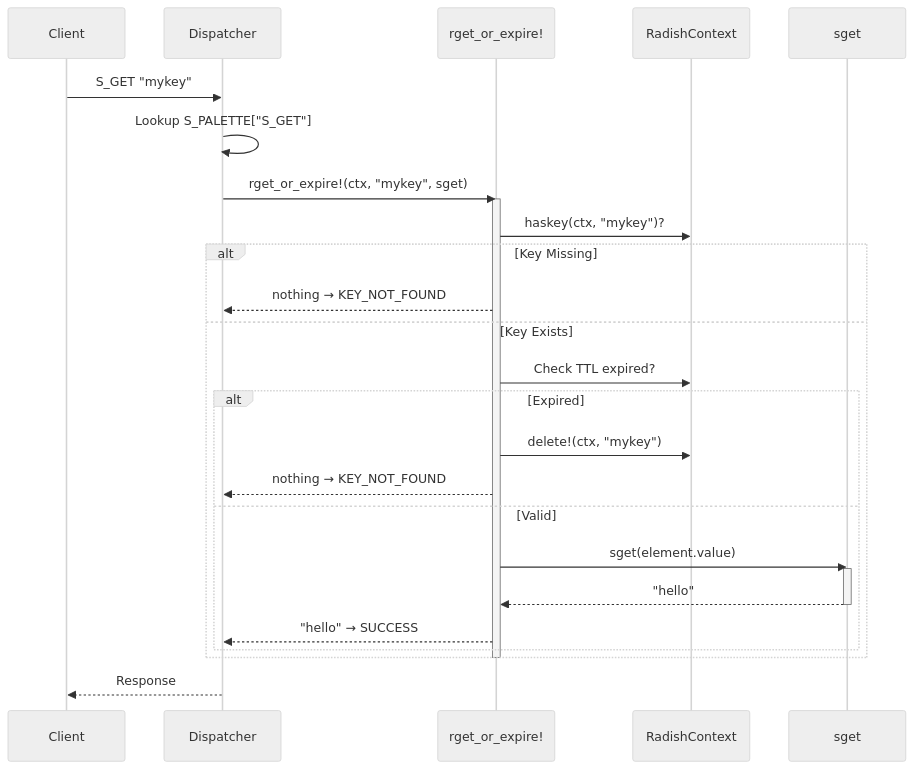
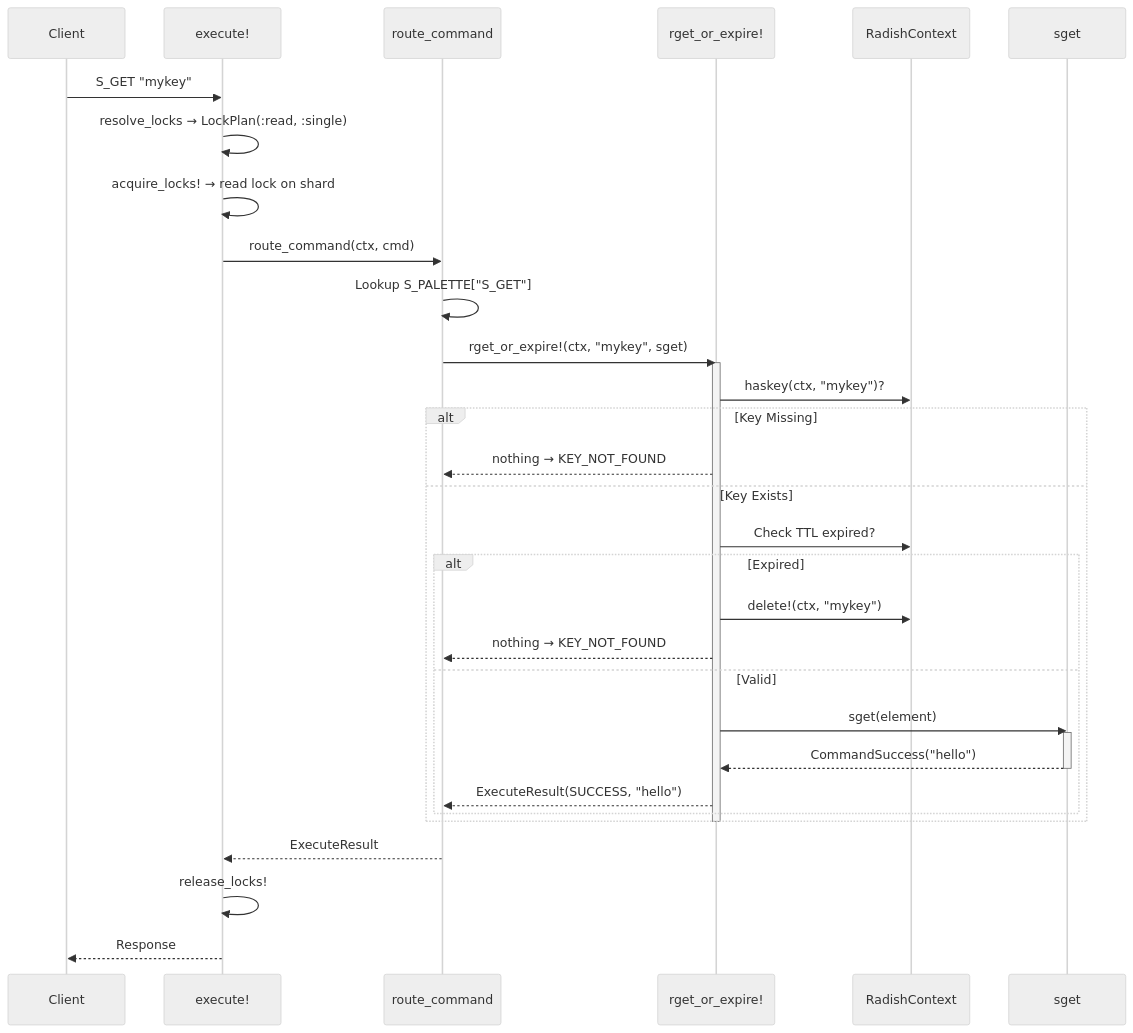
The diagram in docs/architecture.md (fabioscantamburlo/Radish), drawn with Mermaid (neutral theme) before and after one commit. The commit also changed other lines of this file and 8 other files, not shown here.

````diff
--- a/docs/architecture.md
+++ b/docs/architecture.md
@@ -108,33 +108,39 @@
 ```mermaid
 sequenceDiagram
     participant Client
-    participant Dispatcher
+    participant Dispatcher as execute!
+    participant Router as route_command
     participant Hypercommand as rget_or_expire!
     participant Context as RadishContext
     participant TypeCmd as sget
 
     Client->>Dispatcher: S_GET "mykey"
-    Dispatcher->>Dispatcher: Lookup S_PALETTE["S_GET"]
-    Dispatcher->>Hypercommand: rget_or_expire!(ctx, "mykey", sget)
+    Dispatcher->>Dispatcher: resolve_locks → LockPlan(:read, :single)
+    Dispatcher->>Dispatcher: acquire_locks! → read lock on shard
+    Dispatcher->>Router: route_command(ctx, cmd)
+    Router->>Router: Lookup S_PALETTE["S_GET"]
+    Router->>Hypercommand: rget_or_expire!(ctx, "mykey", sget)
 
     activate Hypercommand
     Hypercommand->>Context: haskey(ctx, "mykey")?
     alt Key Missing
-        Hypercommand-->>Dispatcher: nothing → KEY_NOT_FOUND
+        Hypercommand-->>Router: nothing → KEY_NOT_FOUND
     else Key Exists
         Hypercommand->>Context: Check TTL expired?
         alt Expired
             Hypercommand->>Context: delete!(ctx, "mykey")
-            Hypercommand-->>Dispatcher: nothing → KEY_NOT_FOUND
+            Hypercommand-->>Router: nothing → KEY_NOT_FOUND
         else Valid
-            Hypercommand->>TypeCmd: sget(element.value)
+            Hypercommand->>TypeCmd: sget(element)
             activate TypeCmd
-            TypeCmd-->>Hypercommand: "hello"
+            TypeCmd-->>Hypercommand: CommandSuccess("hello")
             deactivate TypeCmd
-            Hypercommand-->>Dispatcher: "hello" → SUCCESS
+            Hypercommand-->>Router: ExecuteResult(SUCCESS, "hello")
         end
     end
     deactivate Hypercommand
 
+    Router-->>Dispatcher: ExecuteResult
+    Dispatcher->>Dispatcher: release_locks!
     Dispatcher-->>Client: Response
 ```
````
